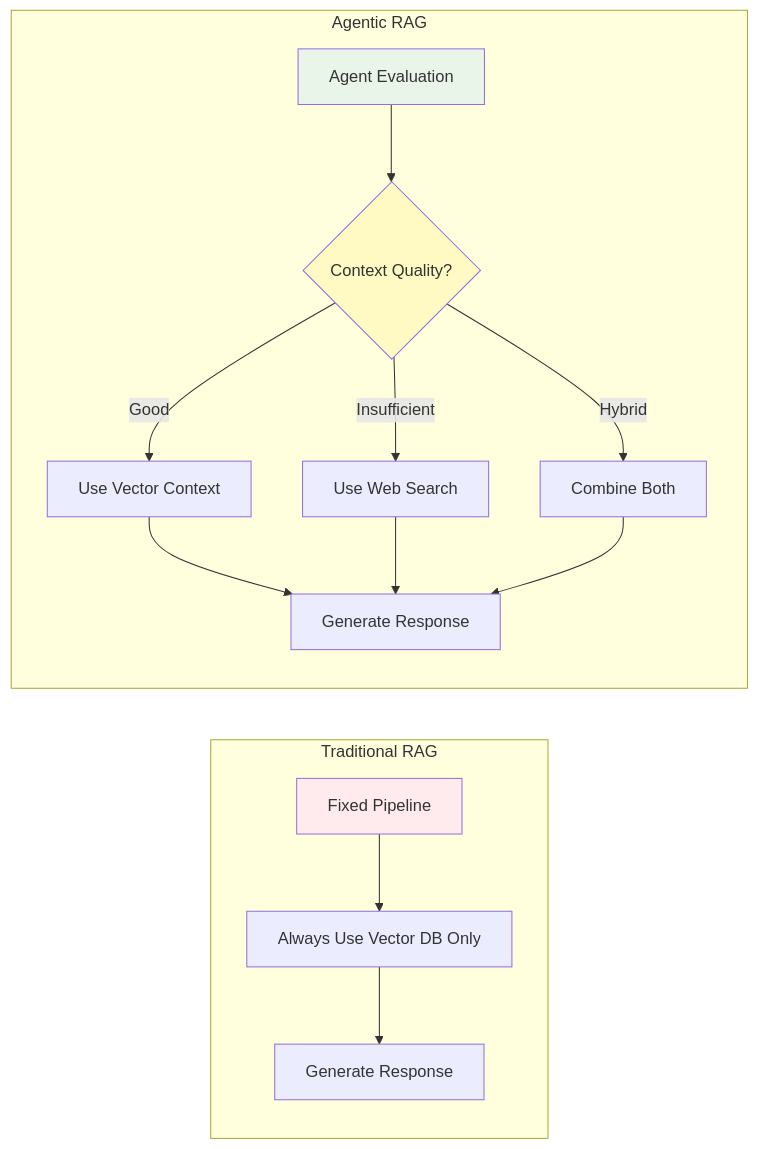
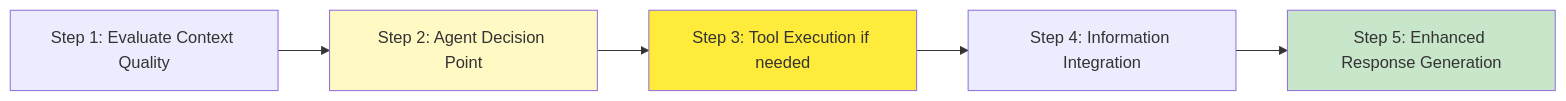
The fifth of 8 diagrams in docs/agentic-vs-traditional-rag.md (rlynjb/adventurecue), drawn with Mermaid before and after one commit. The commit also changed other lines of this file, not shown here.

Commit message:
update rag doc

````diff
--- a/docs/agentic-vs-traditional-rag.md
+++ b/docs/agentic-vs-traditional-rag.md
@@ -154,21 +324,11 @@
 ```mermaid
 graph LR
-    subgraph "Traditional RAG"
-        A1[Fixed Pipeline] --> B1[Always Use Vector DB Only]
-        B1 --> C1[Generate Response]
-    end
+    A[Step 1: Evaluate Context Quality] --> B[Step 2: Agent Decision Point]
+    B --> C[Step 3: Tool Execution if needed]
+    C --> D[Step 4: Information Integration]
+    D --> E[Step 5: Enhanced Response Generation]
 
-    subgraph "Agentic RAG"
-        A2[Agent Evaluation] --> B2{Context Quality?}
-        B2 -->|Good| C2[Use Vector Context]
-        B2 -->|Insufficient| D2[Use Web Search]
-        B2 -->|Hybrid| E2[Combine Both]
-        C2 --> F2[Generate Response]
-        D2 --> F2
-        E2 --> F2
-    end
-
-    style B2 fill:#fff9c4
-    style A1 fill:#ffebee
-    style A2 fill:#e8f5e8
+    style B fill:#fff9c4
+    style C fill:#ffeb3b
+    style E fill:#c8e6c9
 ```
````
